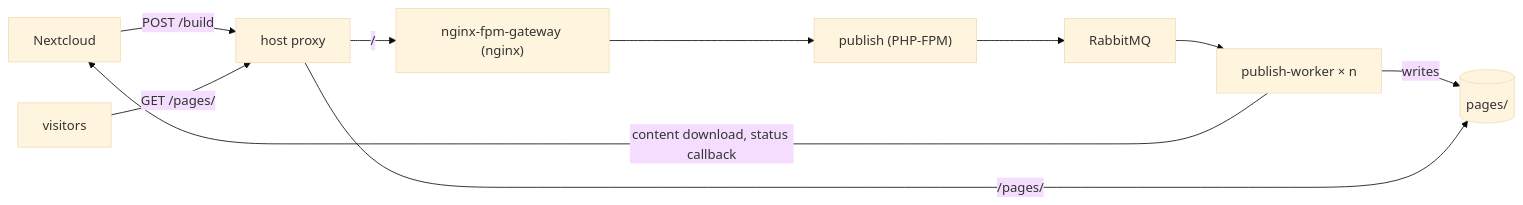
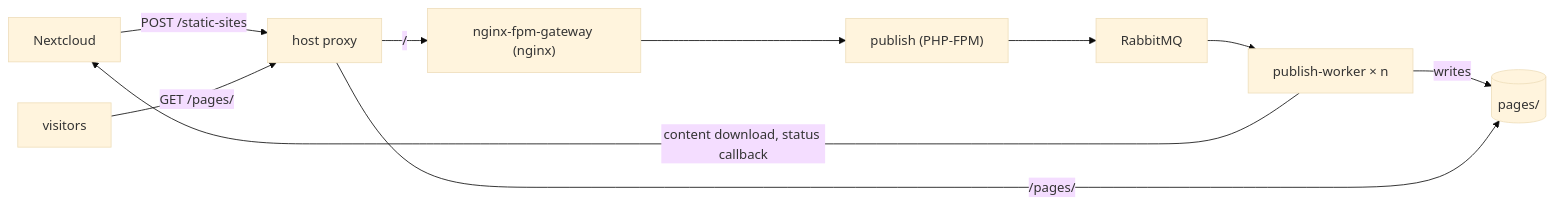
Before and after one commit to nextcloud-publish/publish: the diagram in docs/wiki/How-it-works.md, drawn with Mermaid (base theme). The commit also changed other lines of this file and 16 other files, not shown here.

First line of the commit message:
feat!: Move POST /build to POST /static-sites and store the site

````diff
--- a/docs/wiki/How-it-works.md
+++ b/docs/wiki/How-it-works.md
@@ -6,12 +6,12 @@
 ```mermaid
 flowchart LR
-    nextcloud[Nextcloud] -- "POST /build" --> proxy[host proxy]
+    nextcloud[Nextcloud] -- "POST /static-sites" --> proxy[host proxy]
     visitors[visitors] -- "GET /pages/" --> proxy
     proxy -- "/" --> gateway["nginx-fpm-gateway (nginx)"]
     gateway --> publish["publish (PHP-FPM)"]
     publish --> rabbitmq[RabbitMQ]
     rabbitmq --> worker["publish-worker × n"]
     worker -- "content download, status callback" --> nextcloud
     worker -- writes --> pages[("pages/")]
     proxy -- "/pages/" --> pages
 ```
````
